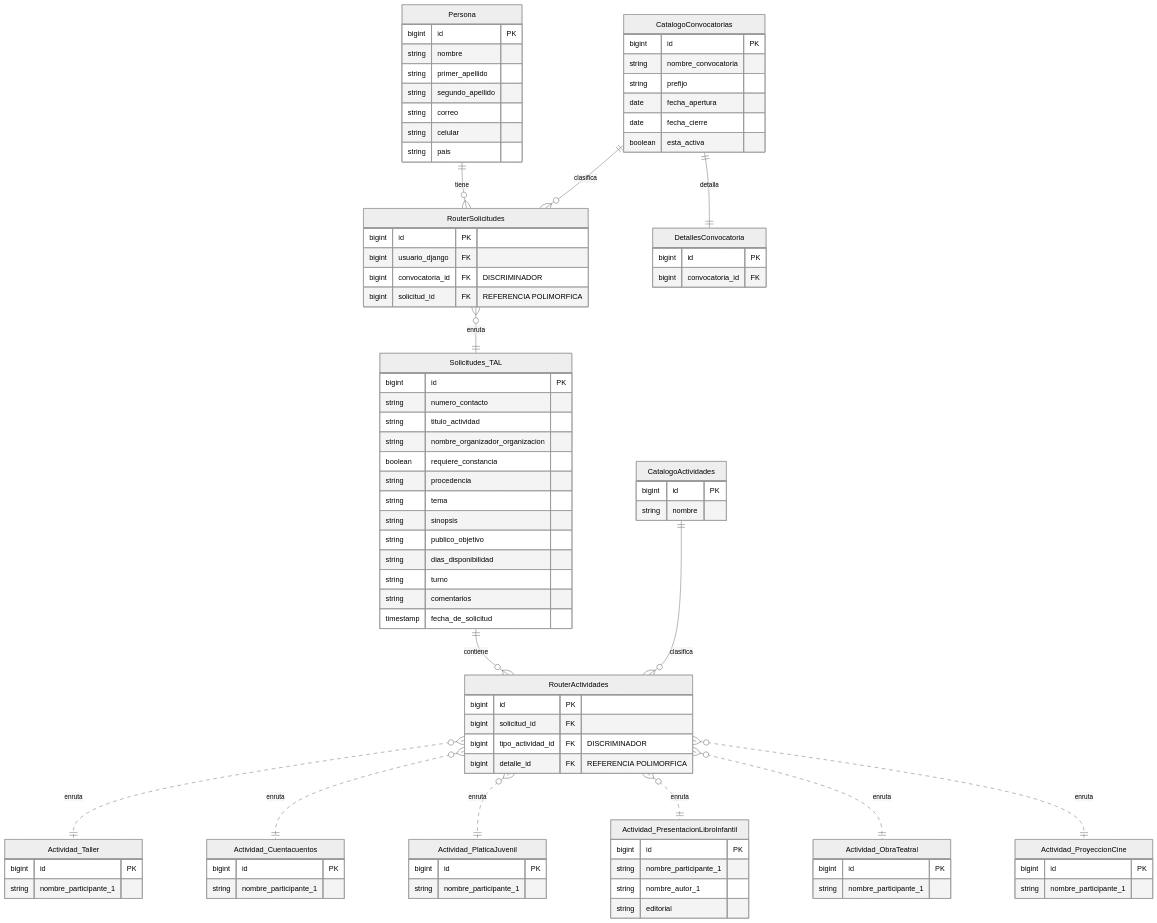
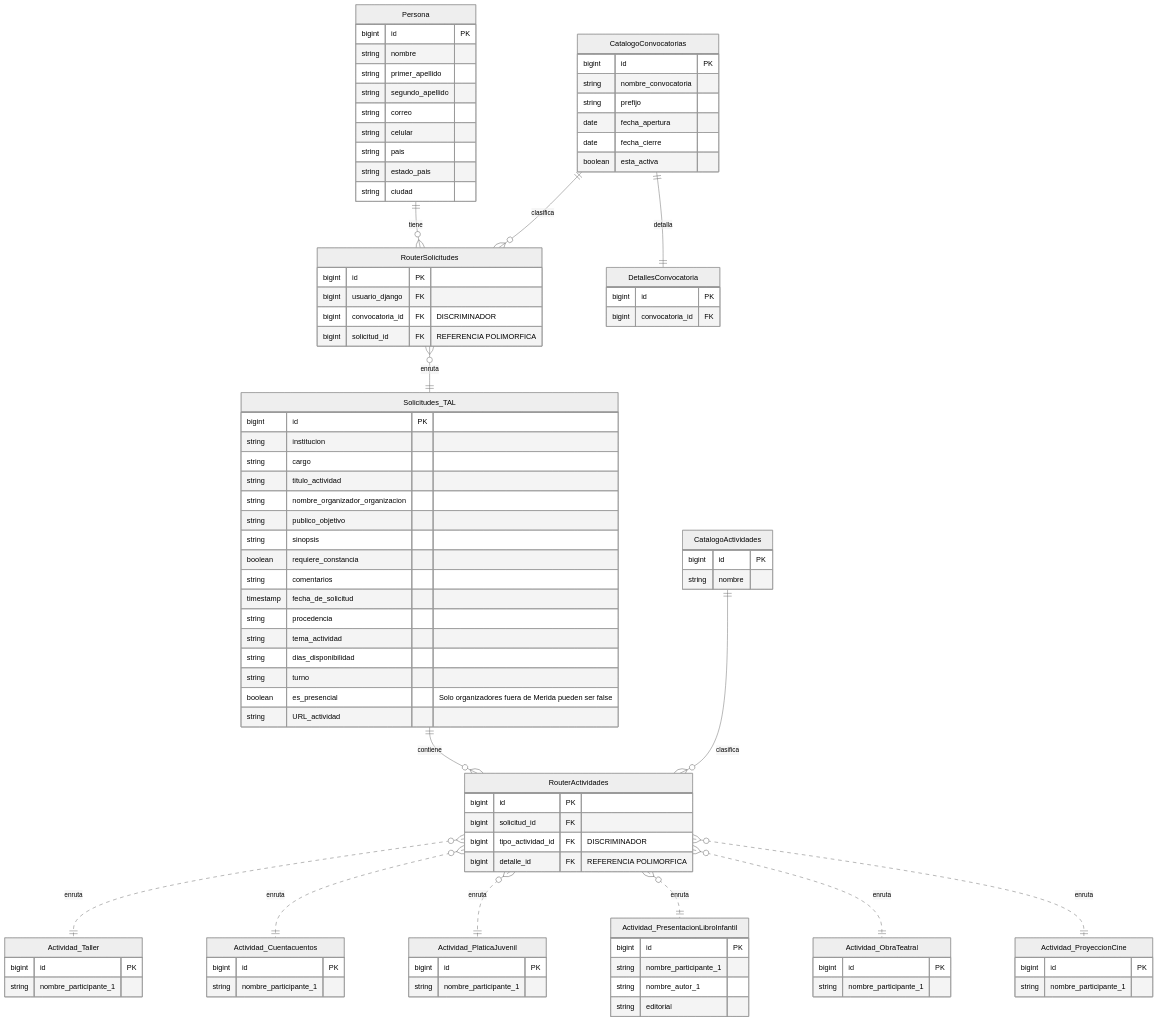
Before and after one commit to Proyectos-Vinculacion-FMAT/FILEYapp26: the first of 2 diagrams in docs/requisitos/TAL/Modelo de datos - Talleres.md, drawn with Mermaid (neutral theme). The commit also changed other lines of this file and 5 other files, not shown here.

First line of the commit message:
docs(TAL): agrupa el material de soporte por dominio y renombra el diagrama

```diff
--- a/docs/requisitos/TAL/Modelo de datos - Talleres.md
+++ b/docs/requisitos/TAL/Modelo de datos - Talleres.md
@@ -81,6 +82,8 @@
         string correo
         string celular
         string pais
+        string estado_pais
+        string ciudad
     }
 
     CatalogoConvocatorias {
@@ -106,18 +109,21 @@
 
     Solicitudes_TAL {
         bigint id PK
-        string numero_contacto
+        string institucion
+        string cargo
         string titulo_actividad
         string nombre_organizador_organizacion
+        string publico_objetivo
+        string sinopsis
         boolean requiere_constancia
+        string comentarios
+        timestamp fecha_de_solicitud
         string procedencia
-        string tema
-        string sinopsis
-        string publico_objetivo
+        string tema_actividad
         string dias_disponibilidad
         string turno
-        string comentarios
-        timestamp fecha_de_solicitud
+        boolean es_presencial "Solo organizadores fuera de Merida pueden ser false"
+        string URL_actividad
     }
 
     CatalogoActividades {
```
